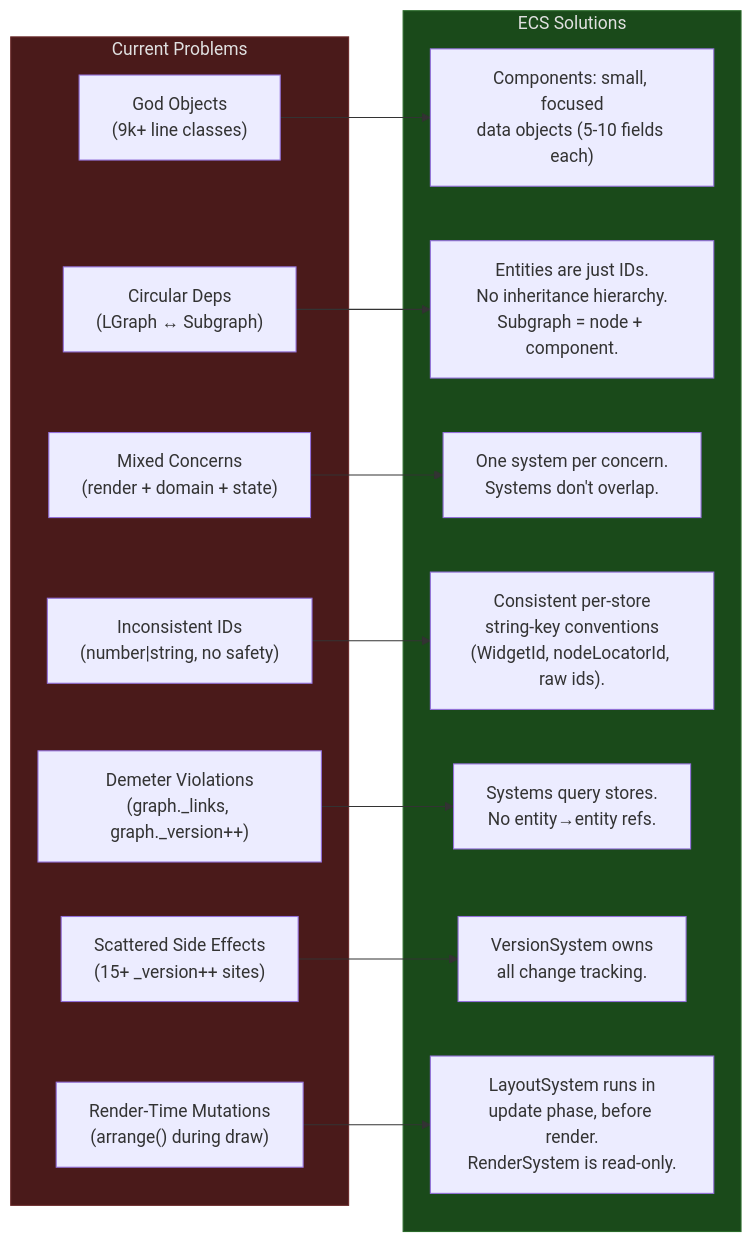
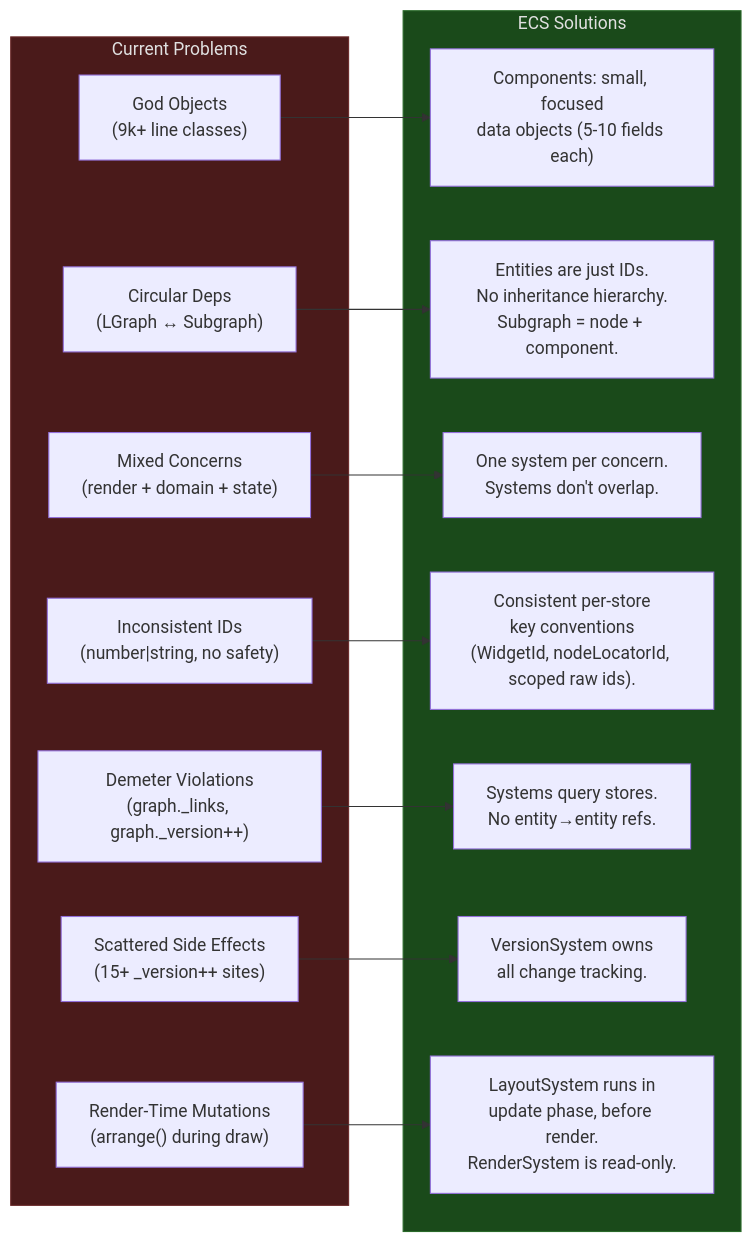
The tenth of 12 diagrams in docs/architecture/ecs-target-architecture.md (Comfy-Org/ComfyUI_frontend), drawn with Mermaid before and after one commit. The commit also changed other lines of this file and 20 other files, not shown here.

````diff
--- a/docs/architecture/ecs-target-architecture.md
+++ b/docs/architecture/ecs-target-architecture.md
@@ -462,50 +468,50 @@
 ```mermaid
 graph LR
     subgraph Problems["Current Problems"]
         P1["God Objects
 (9k+ line classes)"]
         P2["Circular Deps
 (LGraph ↔ Subgraph)"]
         P3["Mixed Concerns
 (render + domain + state)"]
         P4["Inconsistent IDs
 (number|string, no safety)"]
         P5["Demeter Violations
 (graph._links, graph._version++)"]
         P6["Scattered Side Effects
 (15+ _version++ sites)"]
         P7["Render-Time Mutations
 (arrange() during draw)"]
     end
 
     subgraph Solutions["ECS Solutions"]
         S1["Components: small, focused
 data objects (5-10 fields each)"]
         S2["Entities are just IDs.
 No inheritance hierarchy.
 Subgraph = node + component."]
         S3["One system per concern.
 Systems don't overlap."]
         S4["Consistent per-store
-string-key conventions
-(WidgetId, nodeLocatorId, raw ids)."]
+key conventions
+(WidgetId, nodeLocatorId, scoped raw ids)."]
         S5["Systems query stores.
 No entity→entity refs."]
         S6["VersionSystem owns
 all change tracking."]
         S7["LayoutSystem runs in
 update phase, before render.
 RenderSystem is read-only."]
     end
 
     P1 --> S1
     P2 --> S2
     P3 --> S3
     P4 --> S4
     P5 --> S5
     P6 --> S6
     P7 --> S7
 
     style Problems fill:#4a1a1a,stroke:#6a2a2a,color:#e0e0e0
     style Solutions fill:#1a4a1a,stroke:#2a6a2a,color:#e0e0e0
 ```
````
